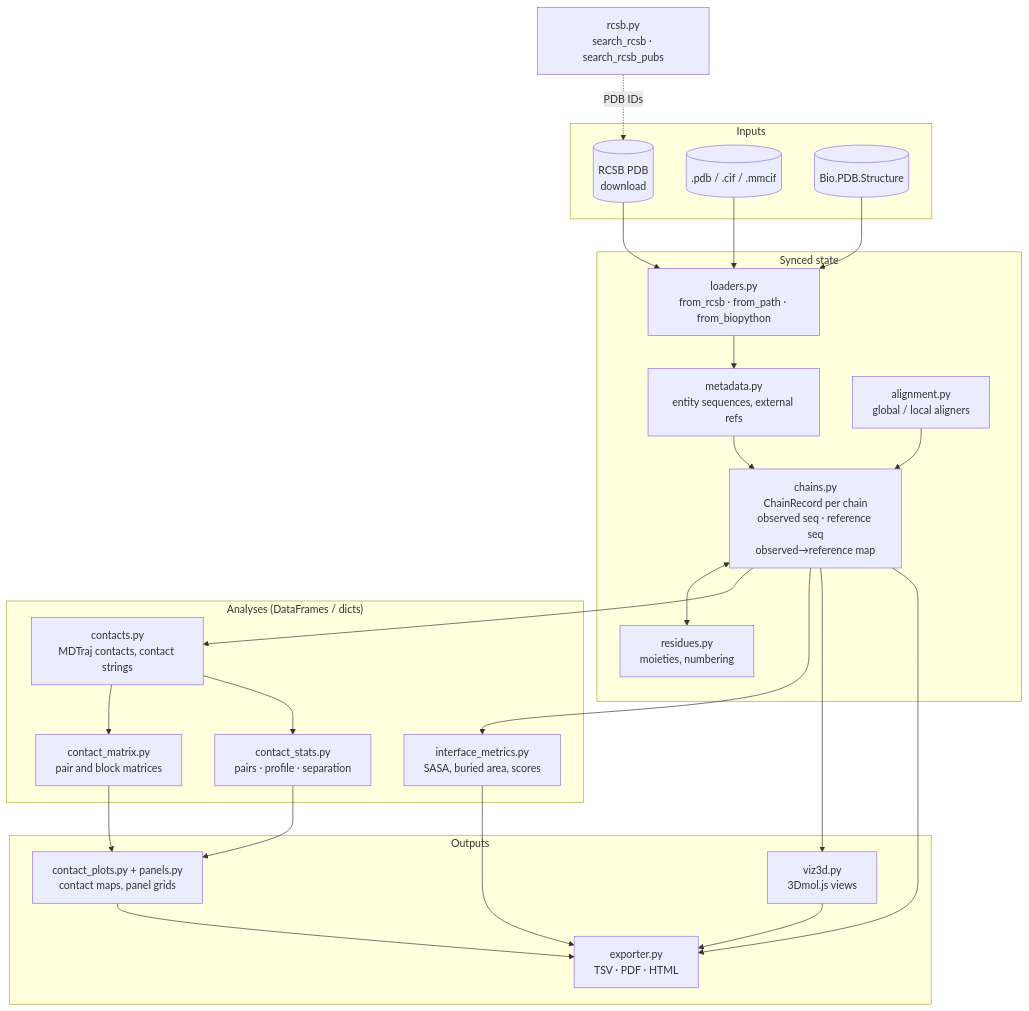
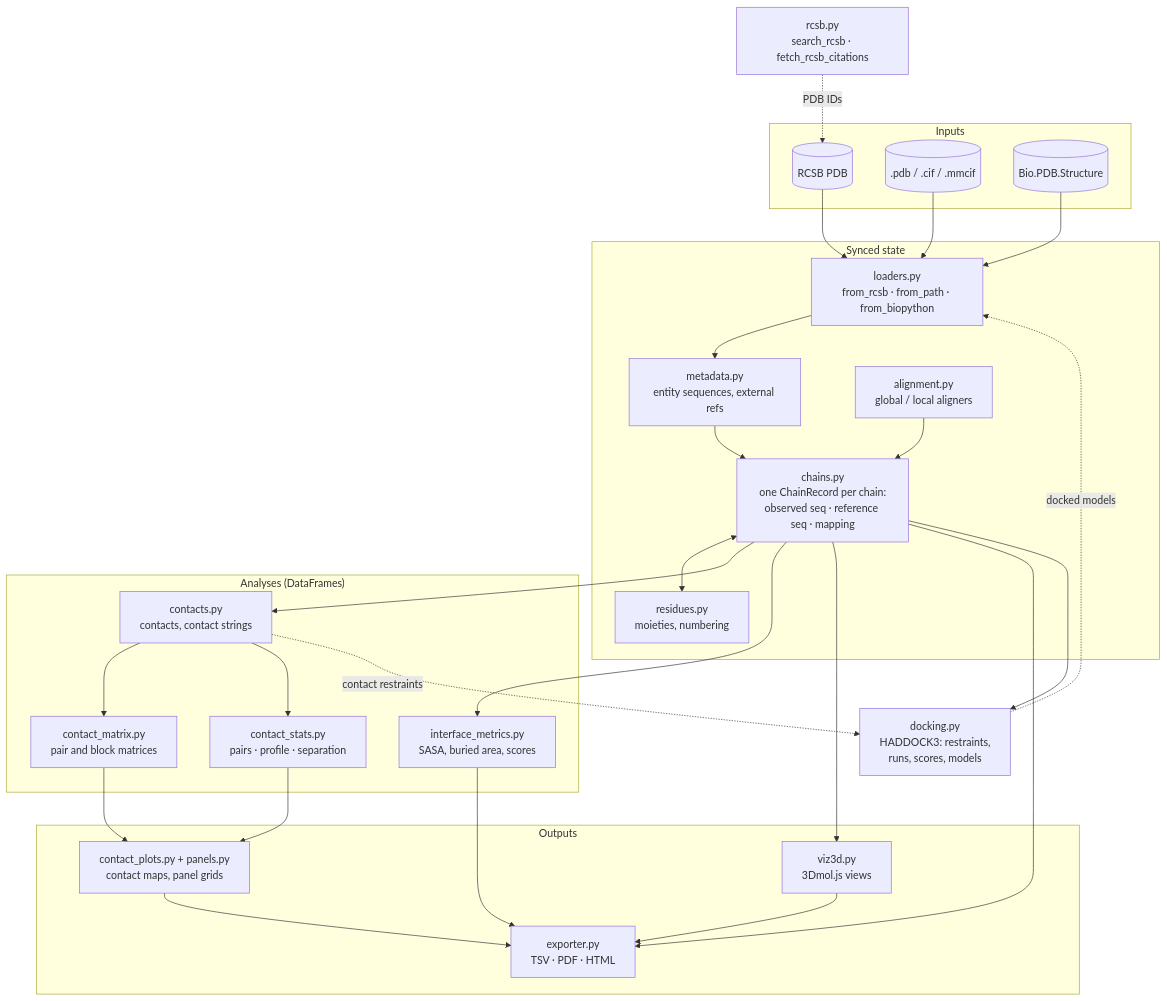
One commit to ssenci97/bio-utils-2 changed the diagram in README.md. Above: the diagram before and after it, drawn with Mermaid. The commit also changed other lines of this file and 41 other files, not shown here.

````diff
--- a/README.md
+++ b/README.md
@@ -32,49 +26,53 @@
 ```mermaid
 flowchart TB
     subgraph sources["Inputs"]
-        RCSB[("RCSB PDB<br/>download")]
+        RCSB[("RCSB PDB")]
         FILE[(".pdb / .cif / .mmcif")]
         BIO[("Bio.PDB.Structure")]
     end
 
     subgraph core["Synced state"]
         LOAD["loaders.py<br/>from_rcsb · from_path · from_biopython"]
         META["metadata.py<br/>entity sequences, external refs"]
-        CHAINS["chains.py<br/>ChainRecord per chain<br/>observed seq · reference seq<br/>observed→reference map"]
+        CHAINS["chains.py<br/>one ChainRecord per chain:<br/>observed seq · reference seq · mapping"]
         ALN["alignment.py<br/>global / local aligners"]
         RES["residues.py<br/>moieties, numbering"]
     end
 
-    subgraph analyses["Analyses (DataFrames / dicts)"]
-        CON["contacts.py<br/>MDTraj contacts, contact strings"]
+    subgraph analyses["Analyses (DataFrames)"]
+        CON["contacts.py<br/>contacts, contact strings"]
         MAT["contact_matrix.py<br/>pair and block matrices"]
         STATS["contact_stats.py<br/>pairs · profile · separation"]
         IFACE["interface_metrics.py<br/>SASA, buried area, scores"]
     end
 
     subgraph outputs["Outputs"]
         PLOTS["contact_plots.py + panels.py<br/>contact maps, panel grids"]
         VIZ["viz3d.py<br/>3Dmol.js views"]
         EXP["exporter.py<br/>TSV · PDF · HTML"]
     end
 
-    SEARCH["rcsb.py<br/>search_rcsb · search_rcsb_pubs"]
+    SEARCH["rcsb.py<br/>search_rcsb · fetch_rcsb_citations"]
+    DOCK["docking.py<br/>HADDOCK3: restraints,<br/>runs, scores, models"]
 
     RCSB --> LOAD
     FILE --> LOAD
     BIO --> LOAD
     LOAD --> META --> CHAINS
     ALN --> CHAINS
     CHAINS <--> RES
     CHAINS --> CON --> MAT
     CON --> STATS
     CHAINS --> IFACE
     MAT --> PLOTS
     STATS --> PLOTS
     CHAINS --> VIZ
     CHAINS --> EXP
     IFACE --> EXP
     PLOTS --> EXP
     VIZ --> EXP
     SEARCH -. "PDB IDs" .-> RCSB
+    CHAINS --> DOCK
+    CON -. "contact restraints" .-> DOCK
+    DOCK -. "docked models" .-> LOAD
 ```
````
